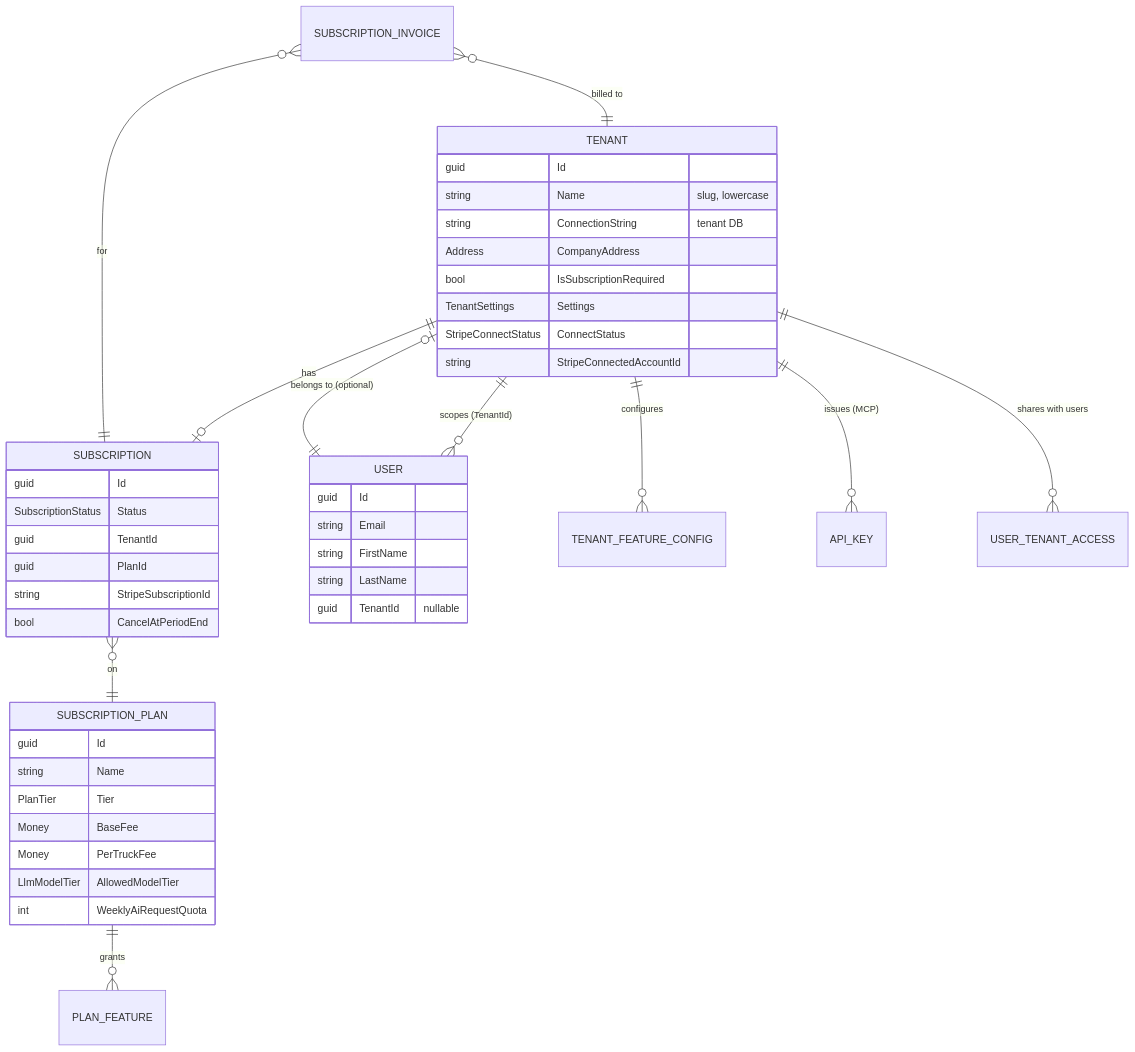
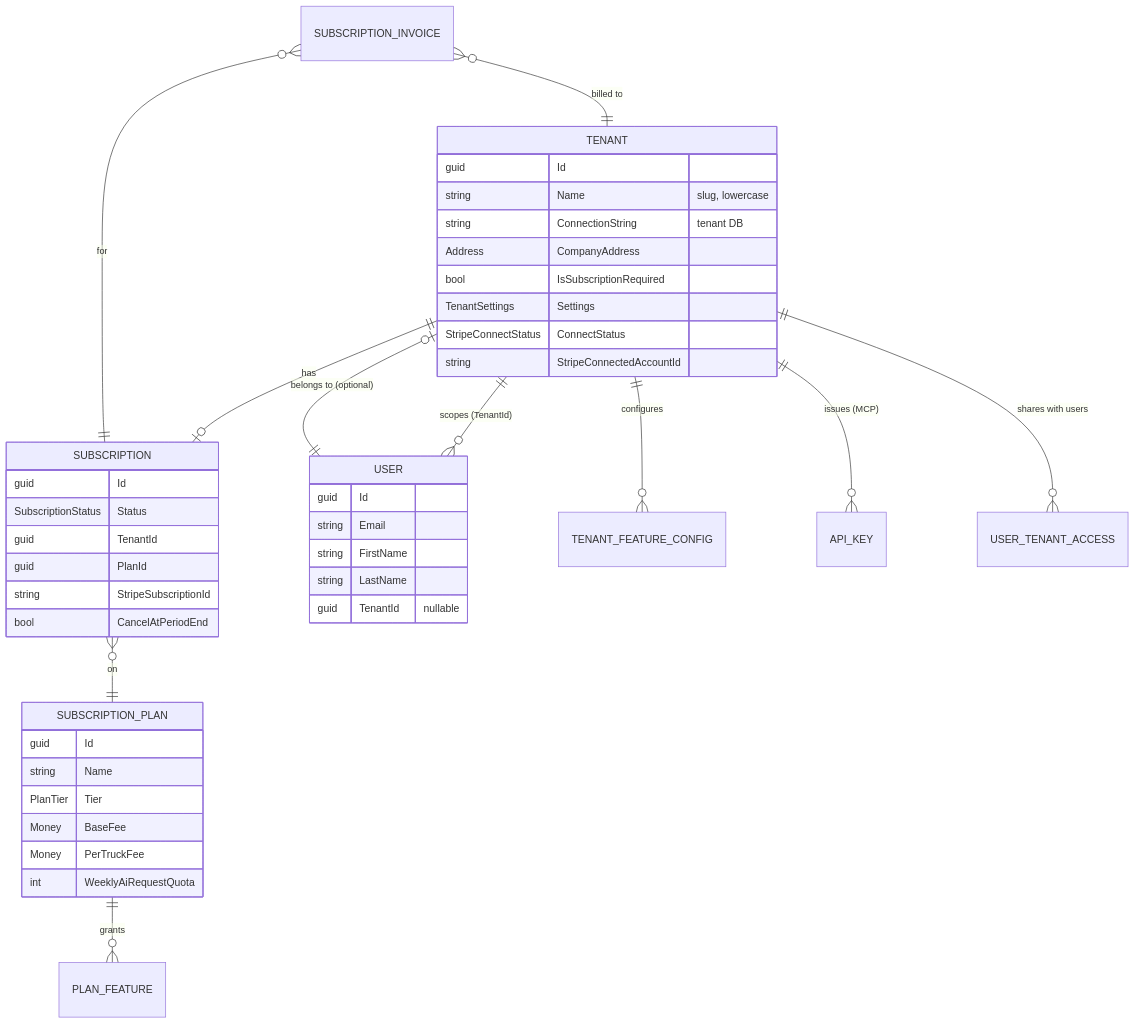
The second of 10 diagrams in docs/architecture/domain-model.md (suxrobGM/logistics-app), drawn with Mermaid before and after one commit. The commit also changed other lines of this file and 5 other files, not shown here.

````diff
--- a/docs/architecture/domain-model.md
+++ b/docs/architecture/domain-model.md
@@ -55,51 +55,50 @@
 ```mermaid
 erDiagram
     TENANT ||--o| SUBSCRIPTION : has
     TENANT ||--o{ USER : "scopes (TenantId)"
     TENANT ||--o{ TENANT_FEATURE_CONFIG : configures
     TENANT ||--o{ API_KEY : "issues (MCP)"
     TENANT ||--o{ USER_TENANT_ACCESS : "shares with users"
 
     SUBSCRIPTION }o--|| SUBSCRIPTION_PLAN : on
     SUBSCRIPTION_PLAN ||--o{ PLAN_FEATURE : grants
 
     USER ||--o| TENANT : "belongs to (optional)"
 
     SUBSCRIPTION_INVOICE }o--|| TENANT : "billed to"
     SUBSCRIPTION_INVOICE }o--|| SUBSCRIPTION : "for"
 
     TENANT {
         guid Id
         string Name "slug, lowercase"
         string ConnectionString "tenant DB"
         Address CompanyAddress
         bool IsSubscriptionRequired
         TenantSettings Settings
         StripeConnectStatus ConnectStatus
         string StripeConnectedAccountId
     }
     SUBSCRIPTION {
         guid Id
         SubscriptionStatus Status
         guid TenantId
         guid PlanId
         string StripeSubscriptionId
         bool CancelAtPeriodEnd
     }
     SUBSCRIPTION_PLAN {
         guid Id
         string Name
         PlanTier Tier
         Money BaseFee
         Money PerTruckFee
-        LlmModelTier AllowedModelTier
         int WeeklyAiRequestQuota
     }
     USER {
         guid Id
         string Email
         string FirstName
         string LastName
         guid TenantId "nullable"
     }
 ```
````
